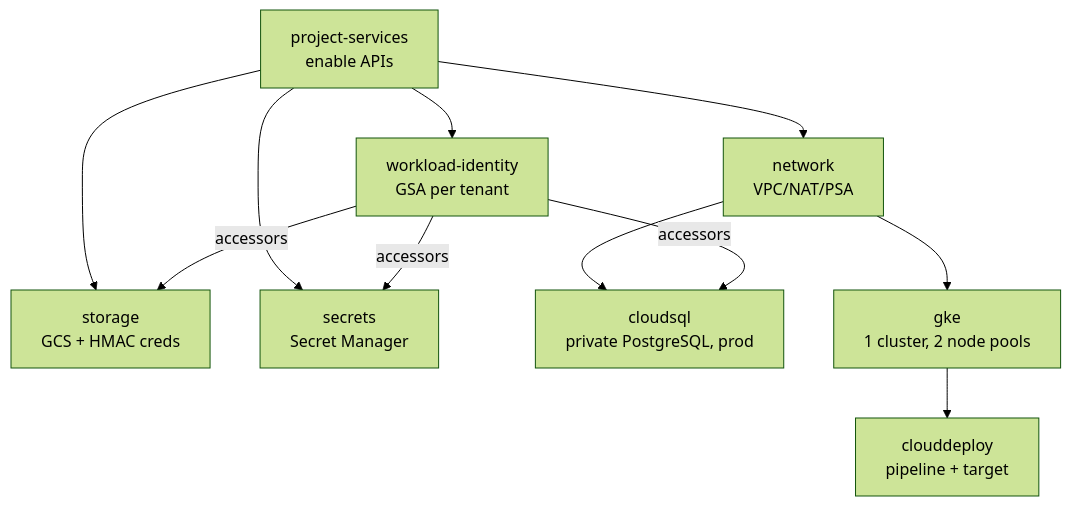
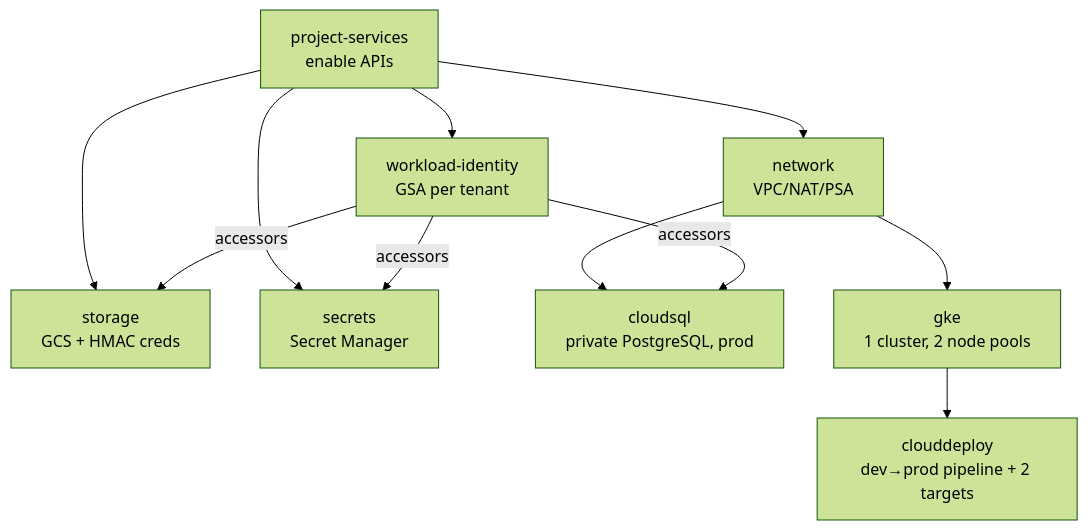
Before and after one commit to pilprod/yourown-chat: the first of 2 diagrams in README.md, drawn with Mermaid (forest theme). The commit also changed other lines of this file and 69 other files, not shown here.

````diff
--- a/README.md
+++ b/README.md
@@ -104,13 +104,13 @@
 ```mermaid
 graph TD
   PS[project-services<br/>enable APIs] --> NET[network<br/>VPC/NAT/PSA]
   PS --> STO[storage<br/>GCS + HMAC creds]
   PS --> WI[workload-identity<br/>GSA per tenant]
   PS --> SEC[secrets<br/>Secret Manager]
   NET --> SQL[cloudsql<br/>private PostgreSQL, prod]
   NET --> GKE[gke<br/>1 cluster, 2 node pools]
   WI -->|accessors| SQL
   WI -->|accessors| STO
   WI -->|accessors| SEC
-  GKE --> CD[clouddeploy<br/>pipeline + target]
+  GKE --> CD[clouddeploy<br/>dev→prod pipeline + 2 targets]
 ```
````
